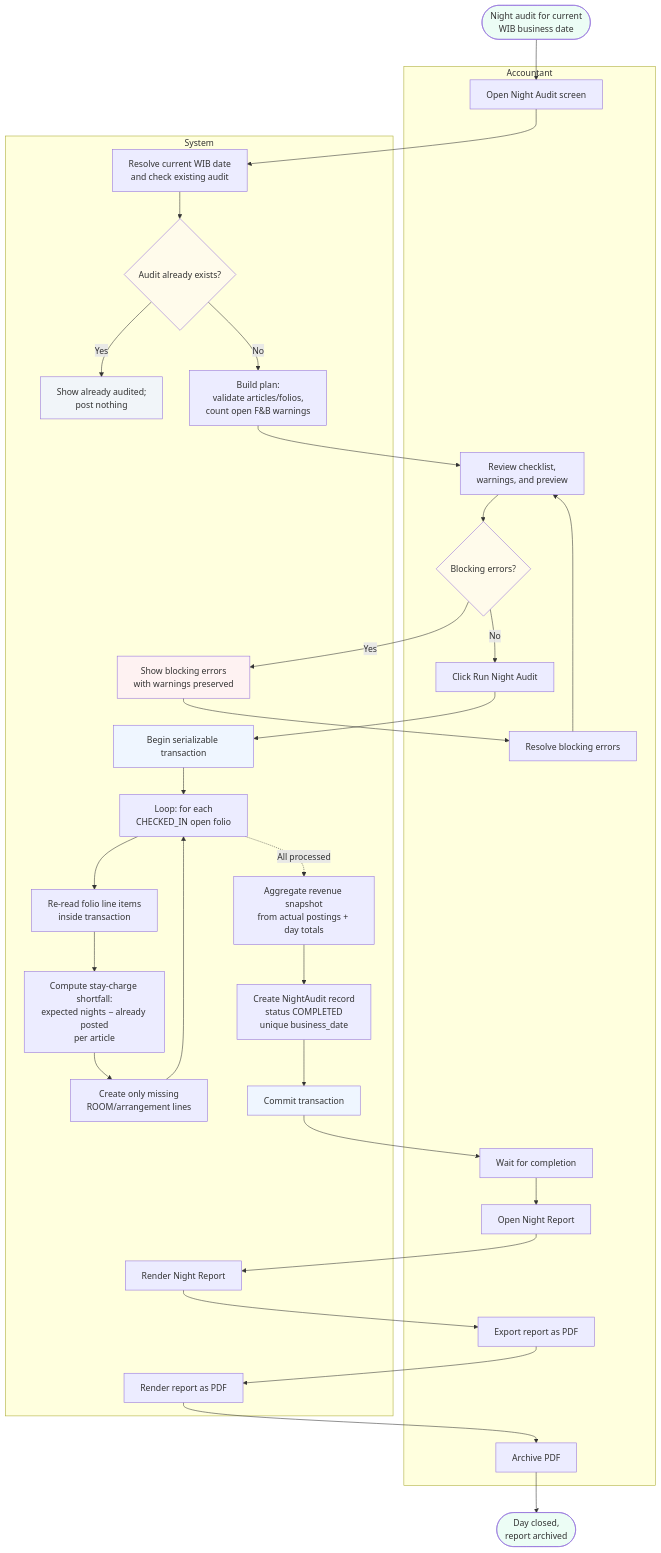
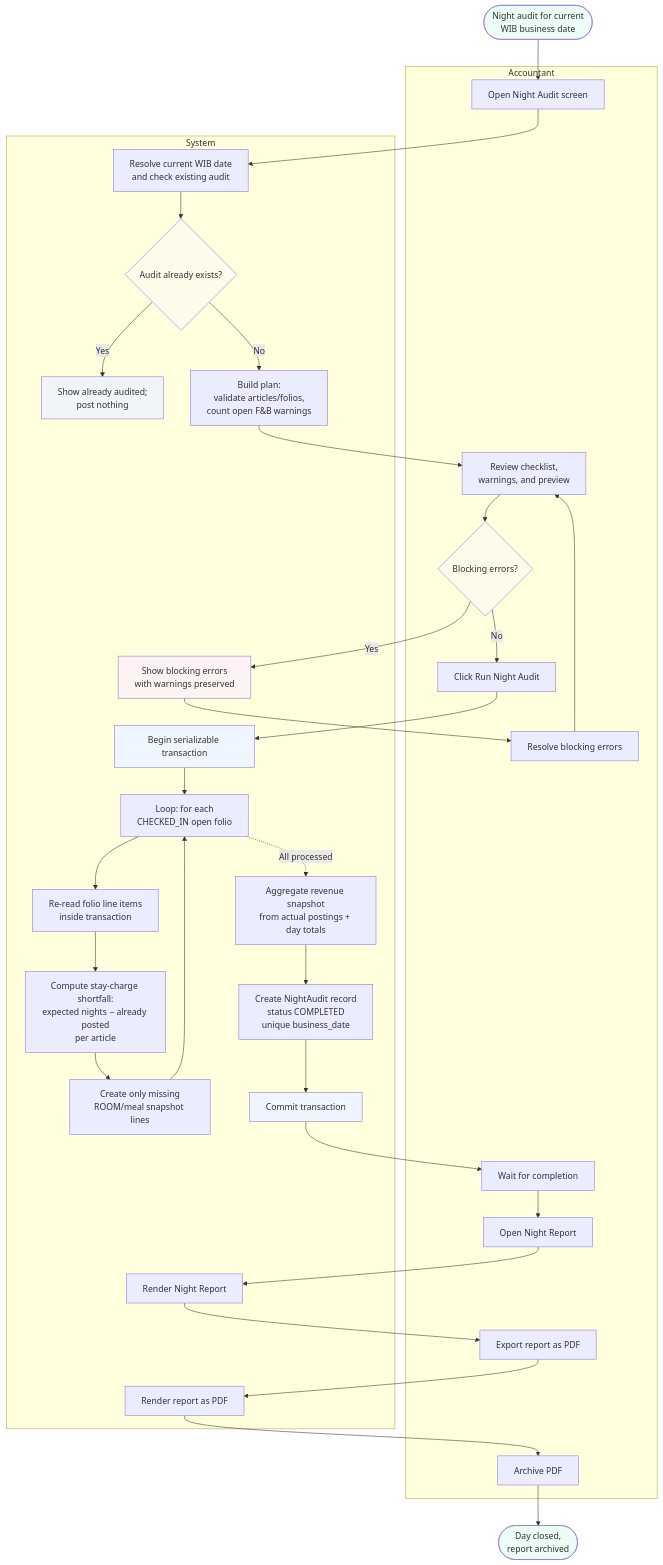
The eighth of 8 diagrams in docs/activity_diagram_mvp.md (nurmareko/zadd-hotel-pms), drawn with Mermaid before and after one commit. The commit also changed other lines of this file and 8 other files, not shown here.

````diff
--- a/docs/activity_diagram_mvp.md
+++ b/docs/activity_diagram_mvp.md
@@ -621,52 +621,52 @@
 ```mermaid
 flowchart TD
     Start([Night audit for current<br/>WIB business date])
 
     subgraph A[Accountant]
         A1[Open Night Audit screen]
         A2[Review checklist,<br/>warnings, and preview]
         A3{Blocking errors?}
         A4[Resolve blocking errors]
         A5[Click Run Night Audit]
         A6[Wait for completion]
         A7[Open Night Report]
         A8[Export report as PDF]
         A9[Archive PDF]
     end
 
     subgraph S[System]
         S1[Resolve current WIB date<br/>and check existing audit]
         S2{Audit already exists?}
         S3[Show already audited;<br/>post nothing]
         S4[Build plan:<br/>validate articles/folios,<br/>count open F&B warnings]
         S5[Show blocking errors<br/>with warnings preserved]
         S6[Begin serializable transaction]
         S7[Loop: for each<br/>CHECKED_IN open folio]
         S8[Re-read folio line items<br/>inside transaction]
         S9[Compute stay-charge shortfall:<br/>expected nights − already posted<br/>per article]
-        S10[Create only missing<br/>ROOM/arrangement lines]
+        S10[Create only missing<br/>ROOM/meal snapshot lines]
         S11[Aggregate revenue snapshot<br/>from actual postings + day totals]
         S12[Create NightAudit record<br/>status COMPLETED<br/>unique business_date]
         S13[Commit transaction]
         S14[Render Night Report]
         S15[Render report as PDF]
     end
 
     End([Day closed,<br/>report archived])
 
     Start --> A1 --> S1 --> S2
     S2 -->|Yes| S3
     S2 -->|No| S4 --> A2 --> A3
     A3 -->|Yes| S5 --> A4 --> A2
     A3 -->|No| A5 --> S6 --> S7 --> S8 --> S9 --> S10 --> S7
     S7 -.->|All processed| S11 --> S12 --> S13 --> A6 --> A7 --> S14 --> A8 --> S15 --> A9 --> End
 
     style Start fill:#ecfdf5
     style End fill:#ecfdf5
     style A3 fill:#fffbeb
     style S2 fill:#fffbeb
     style S6 fill:#eff6ff
     style S13 fill:#eff6ff
     style S3 fill:#f1f5f9
     style S5 fill:#fef2f2
 ```
````
